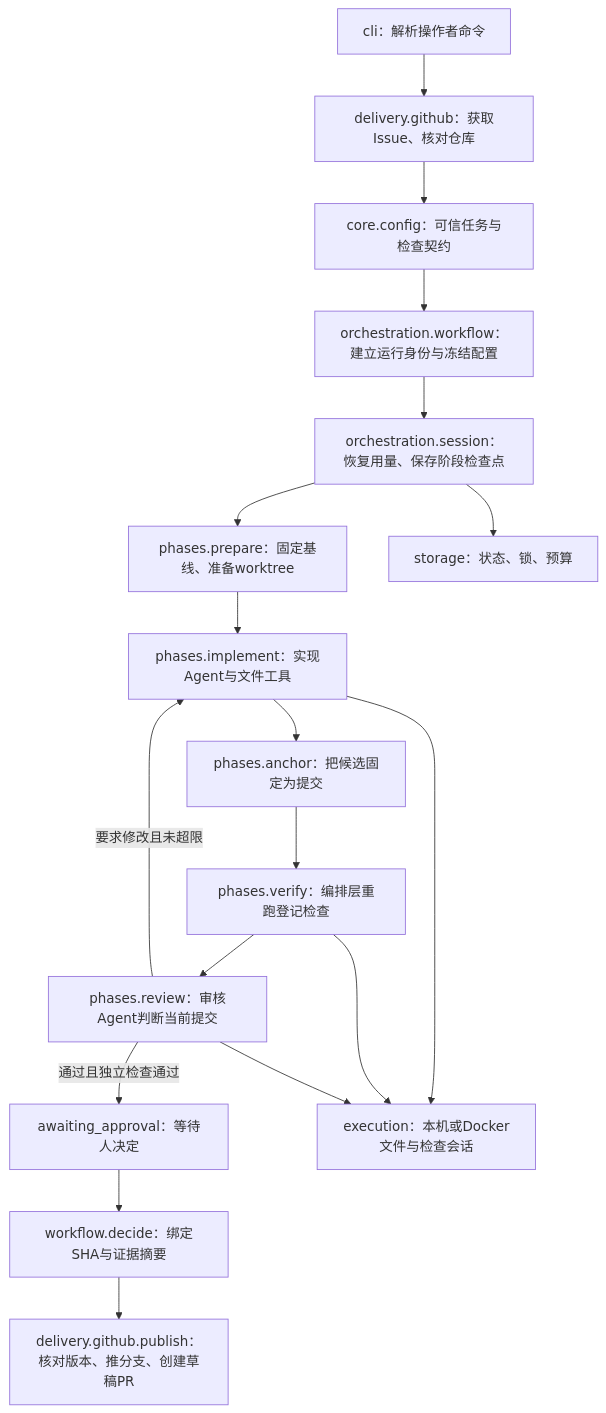
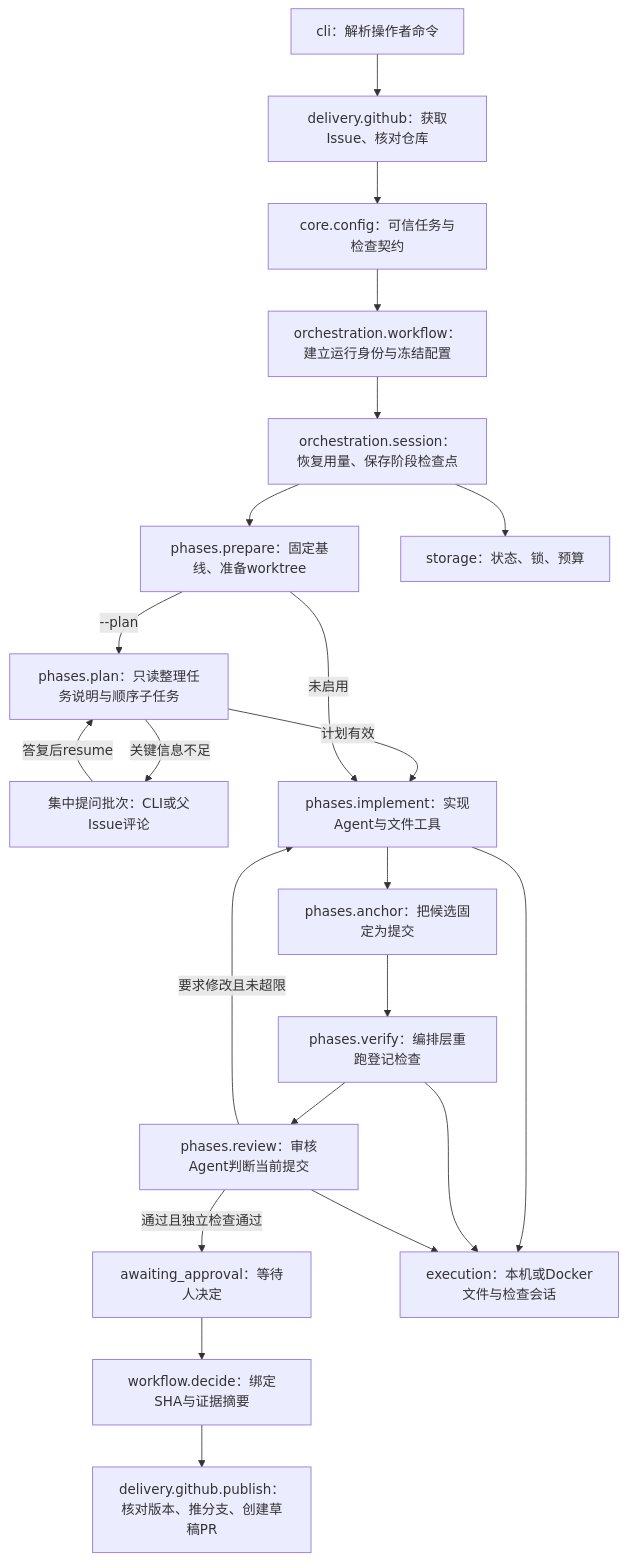
The diagram in docs/runtime-v2/DESIGN.md (saikaji0314/repopilot), drawn with Mermaid before and after one commit. The commit also changed other lines of this file and 36 other files, not shown here.

````diff
--- a/docs/runtime-v2/DESIGN.md
+++ b/docs/runtime-v2/DESIGN.md
@@ -7,20 +7,24 @@
 ```mermaid
 flowchart TD
     CLI[cli：解析操作者命令] --> IN[delivery.github：获取Issue、核对仓库]
     IN --> TASK[core.config：可信任务与检查契约]
     TASK --> JOB[orchestration.workflow：建立运行身份与冻结配置]
     JOB --> SESSION[orchestration.session：恢复用量、保存阶段检查点]
     SESSION --> PREP[phases.prepare：固定基线、准备worktree]
-    PREP --> IMPL[phases.implement：实现Agent与文件工具]
+    PREP -->|--plan| PLAN[phases.plan：只读整理任务说明与顺序子任务]
+    PLAN -->|关键信息不足| ASK[集中提问批次：CLI或父Issue评论]
+    ASK -->|答复后resume| PLAN
+    PLAN -->|计划有效| IMPL
+    PREP -->|未启用| IMPL[phases.implement：实现Agent与文件工具]
     IMPL --> ANCHOR[phases.anchor：把候选固定为提交]
     ANCHOR --> VERIFY[phases.verify：编排层重跑登记检查]
     VERIFY --> REVIEW[phases.review：审核Agent判断当前提交]
     REVIEW -->|要求修改且未超限| IMPL
     REVIEW -->|通过且独立检查通过| WAIT[awaiting_approval：等待人决定]
     WAIT --> APPROVE[workflow.decide：绑定SHA与证据摘要]
     APPROVE --> PUB[delivery.github.publish：核对版本、推分支、创建草稿PR]
     SESSION --> DB[storage：状态、锁、预算]
     IMPL --> EXEC[execution：本机或Docker文件与检查会话]
     VERIFY --> EXEC
     REVIEW --> EXEC
 ```
````
